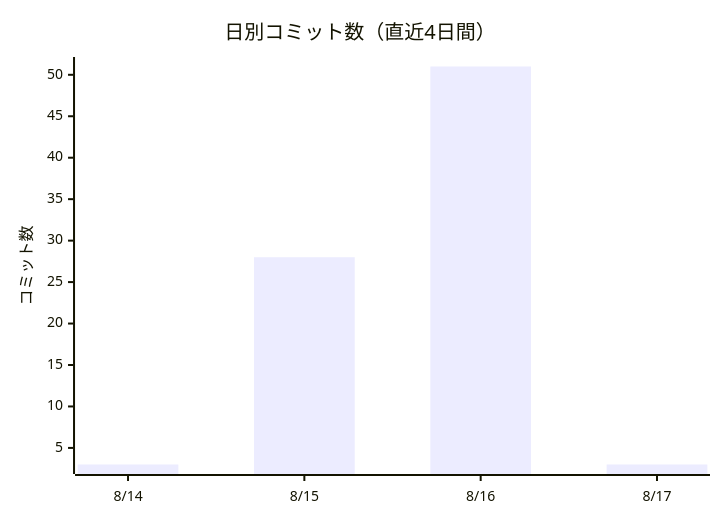
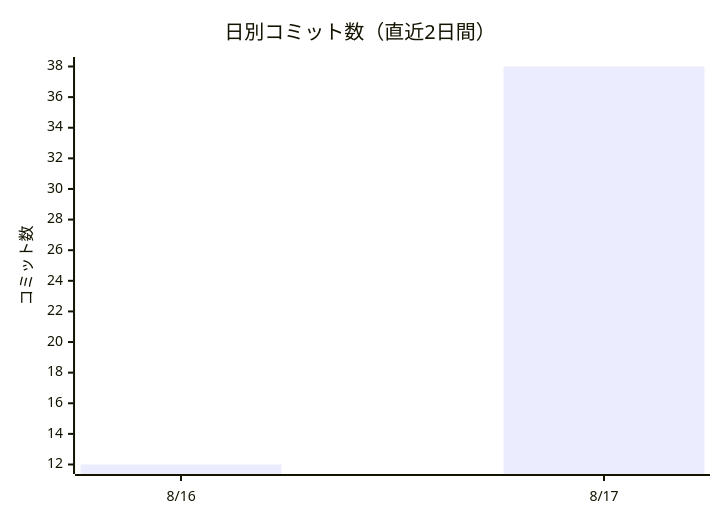
One commit to non-x2/non-x2 changed the first of 2 diagrams in docs/進化レポート.md. Above: the diagram before and after it, drawn with Mermaid. The commit also changed other lines of this file and 1 other file, not shown here.

````diff
--- a/docs/進化レポート.md
+++ b/docs/進化レポート.md
@@ -23,7 +23,7 @@
 ```mermaid
 xychart-beta
-    title "日別コミット数（直近4日間）"
-    x-axis ["8/14", "8/15", "8/16", "8/17"]
+    title "日別コミット数（直近2日間）"
+    x-axis ["8/16", "8/17"]
     y-axis "コミット数"
-    bar [3, 28, 51, 3]
+    bar [12, 38]
 ```
````
